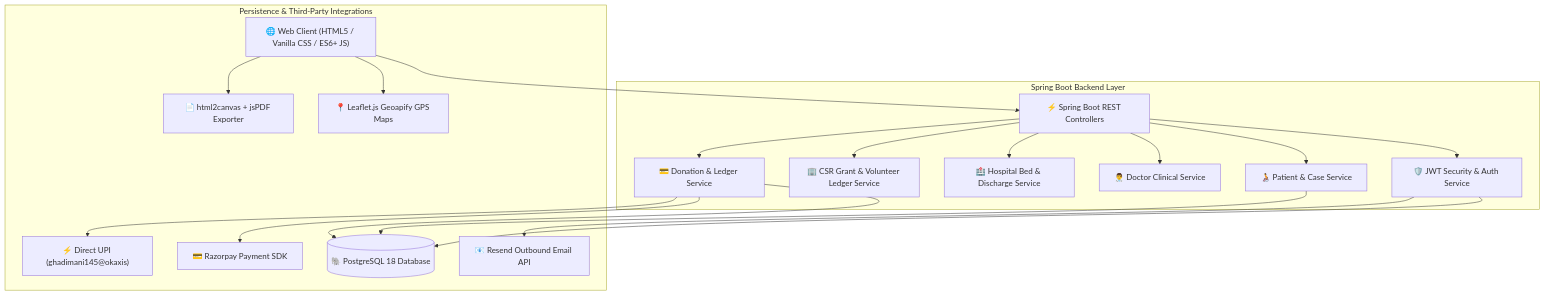
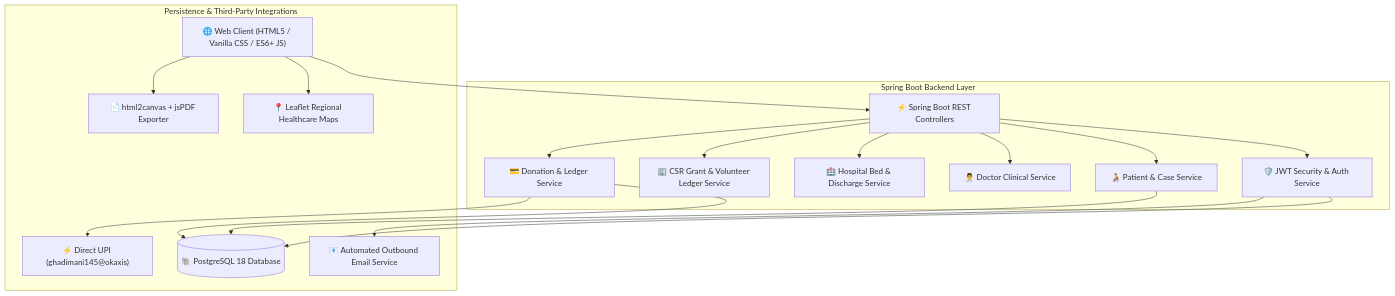
The diagram in README.md (Girishhadimani/vishwasa), drawn with Mermaid before and after one commit. The commit also changed other lines of this file, not shown here.

Commit message:
Docs: Update README.md with password-free security and comprehensive platform architecture

````diff
--- a/README.md
+++ b/README.md
@@ -32,22 +31,21 @@
 ```mermaid
 graph TD
     User["🌐 Web Client (HTML5 / Vanilla CSS / ES6+ JS)"] --> API["⚡ Spring Boot REST Controllers"]
     
     subgraph "Spring Boot Backend Layer"
         API --> Auth["🛡️ JWT Security & Auth Service"]
         API --> PatientSvc["🧑‍🦽 Patient & Case Service"]
         API --> DocSvc["👨‍⚕️ Doctor Clinical Service"]
         API --> HospSvc["🏥 Hospital Bed & Discharge Service"]
         API --> CsrSvc["🏢 CSR Grant & Volunteer Ledger Service"]
         API --> DonSvc["💳 Donation & Ledger Service"]
     end
     
     subgraph "Persistence & Third-Party Integrations"
         Auth & PatientSvc & DonSvc --> DB[("🐘 PostgreSQL 18 Database")]
-        DonSvc --> Rzp["💳 Razorpay Payment SDK"]
         DonSvc --> UPI["⚡ Direct UPI (ghadimani145@okaxis)"]
-        Auth --> Resend["📧 Resend Outbound Email API"]
-        User --> Geoapify["📍 Leaflet.js Geoapify GPS Maps"]
+        Auth --> EmailSvc["📧 Automated Outbound Email Service"]
+        User --> MapEngine["📍 Leaflet Regional Healthcare Maps"]
         User --> PDF["📄 html2canvas + jsPDF Exporter"]
     end
 ```
````
